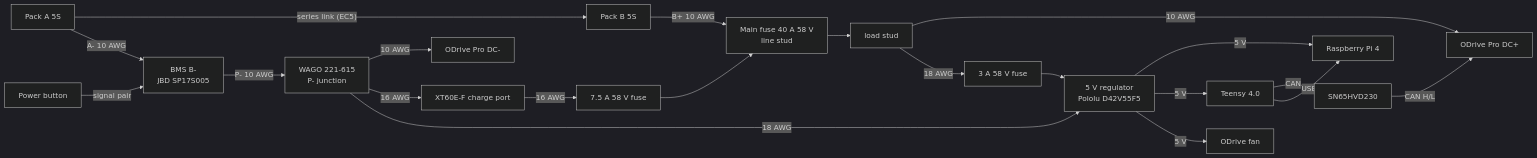
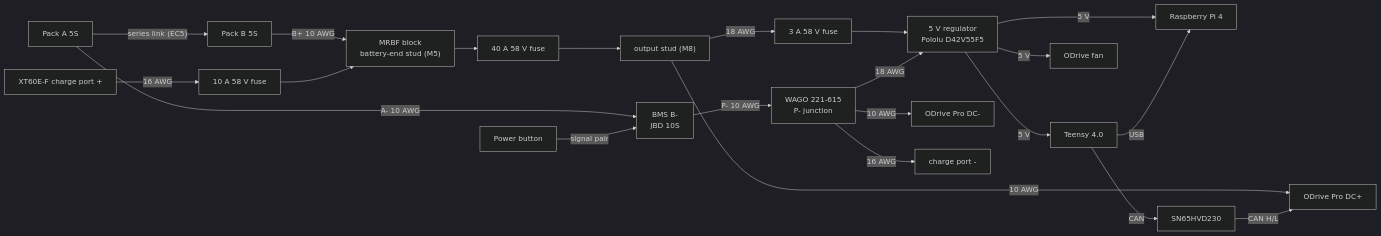
One commit to TrentIndeed/kinetiqgym changed the diagram in docs/wiring.md. Above: the diagram before and after it, drawn with Mermaid (dark theme). The commit also changed other lines of this file and 101 other files, not shown here.

````diff
--- a/docs/wiring.md
+++ b/docs/wiring.md
@@ -8,20 +30,20 @@
 ```mermaid
 flowchart LR
   A["Pack A 5S"] -- "series link (EC5)" --> B["Pack B 5S"]
-  B -- "B+ 10 AWG" --> FL["Main fuse 40 A 58 V<br/>line stud"]
-  FL --> FLD["load stud"]
-  FLD -- "10 AWG" --> OD["ODrive Pro DC+"]
-  FLD -- "18 AWG" --> F3["3 A 58 V fuse"] --> REG["5 V regulator<br/>Pololu D42V55F5"]
-  CH["XT60E-F charge port"] -- "16 AWG" --> F7["7.5 A 58 V fuse"] --> FL
-  A -- "A- 10 AWG" --> BMS["BMS B-<br/>JBD SP17S005"]
+  B -- "B+ 10 AWG" --> FB["MRBF block<br/>battery-end stud (M5)"]
+  FB --> F40["40 A 58 V fuse"] --> FO["output stud (M8)"]
+  FO -- "10 AWG" --> OD["ODrive Pro DC+"]
+  FO -- "18 AWG" --> F3["3 A 58 V fuse"] --> REG["5 V regulator<br/>Pololu D42V55F5"]
+  CH["XT60E-F charge port +"] -- "16 AWG" --> F10["10 A 58 V fuse"] --> FB
+  A -- "A- 10 AWG" --> BMS["BMS B-<br/>JBD 10S"]
   BMS -- "P- 10 AWG" --> W["WAGO 221-615<br/>P- junction"]
   W -- "10 AWG" --> ODM["ODrive Pro DC-"]
-  W -- "16 AWG" --> CH
+  W -- "16 AWG" --> CHM["charge port -"]
   W -- "18 AWG" --> REG
   SW["Power button"] -- "signal pair" --> BMS
   REG -- "5 V" --> PI["Raspberry Pi 4"]
   REG -- "5 V" --> T["Teensy 4.0"]
   REG -- "5 V" --> FAN["ODrive fan"]
   T -- "CAN" --> CANB["SN65HVD230"] -- "CAN H/L" --> OD
   T -- "USB" --> PI
 ```
````
